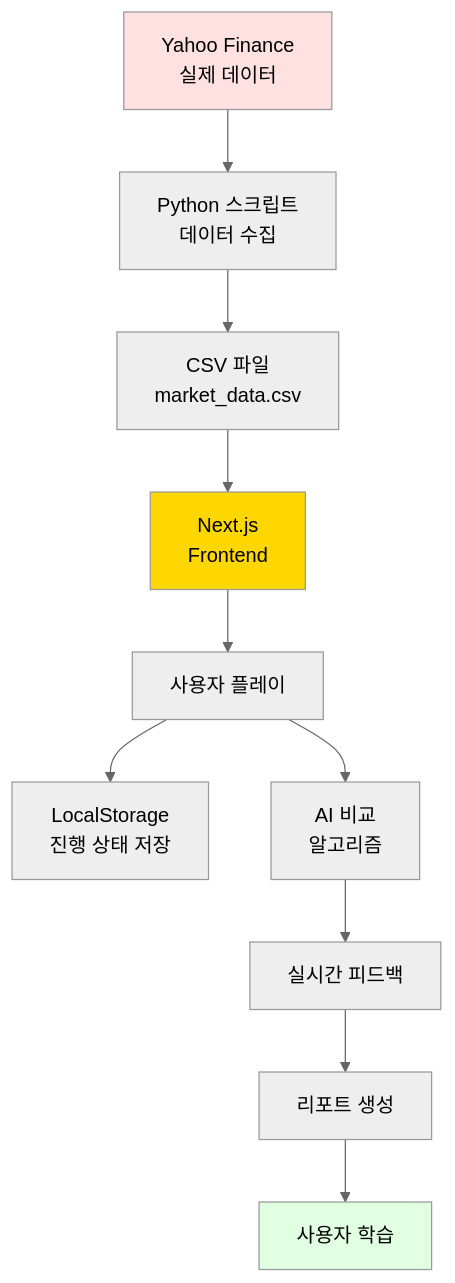
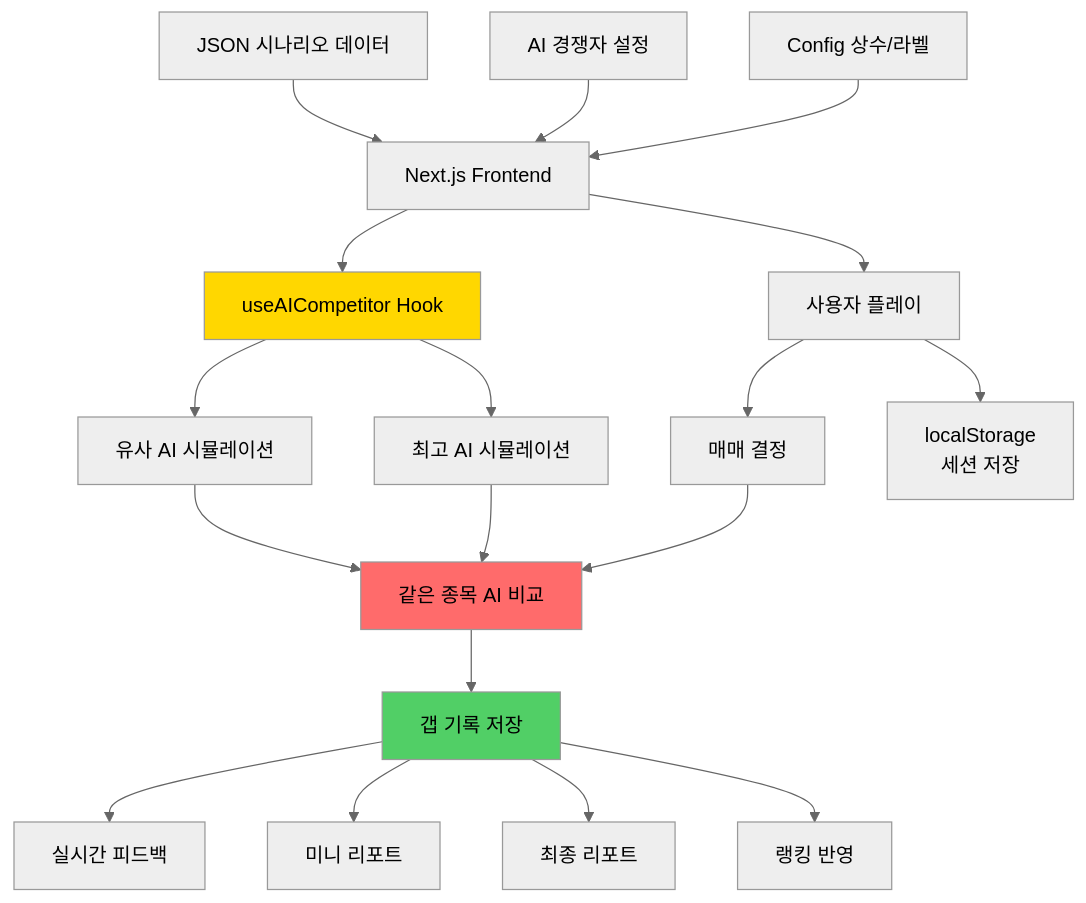
One commit to Collegenie-X/stock_simulation changed the third of 3 diagrams in README.md. Above: the diagram before and after it, drawn with Mermaid (neutral theme). The commit also changed other lines of this file and 45 other files, not shown here.

````diff
--- a/README.md
+++ b/README.md
@@ -1755,20 +691,29 @@
 ```mermaid
 flowchart TB
-    A[Yahoo Finance<br/>실제 데이터] --> B[Python 스크립트<br/>데이터 수집]
-    B --> C[CSV 파일<br/>market_data.csv]
-    
-    C --> D[Next.js<br/>Frontend]
-    D --> E[사용자 플레이]
-    
-    E --> F[LocalStorage<br/>진행 상태 저장]
-    E --> G[AI 비교<br/>알고리즘]
-    
-    G --> H[실시간 피드백]
-    H --> I[리포트 생성]
-    
-    I --> J[사용자 학습]
-    
-    style A fill:#ffe1e1
-    style D fill:#ffd700
-    style J fill:#e1ffe1
+    A[JSON 시나리오 데이터] --> B[Next.js Frontend]
+    C[AI 경쟁자 설정] --> B
+    D[Config 상수/라벨] --> B
+
+    B --> E[useAICompetitor Hook]
+    E --> F[유사 AI 시뮬레이션]
+    E --> G[최고 AI 시뮬레이션]
+
+    B --> H[사용자 플레이]
+    H --> I[매매 결정]
+
+    I --> J[같은 종목 AI 비교]
+    F --> J
+    G --> J
+
+    J --> K[갭 기록 저장]
+    K --> L[실시간 피드백]
+    K --> M[미니 리포트]
+    K --> N[최종 리포트]
+    K --> O[랭킹 반영]
+
+    H --> P[localStorage<br/>세션 저장]
+
+    style E fill:#ffd700
+    style J fill:#ff6b6b
+    style K fill:#51cf66
 ```
````
